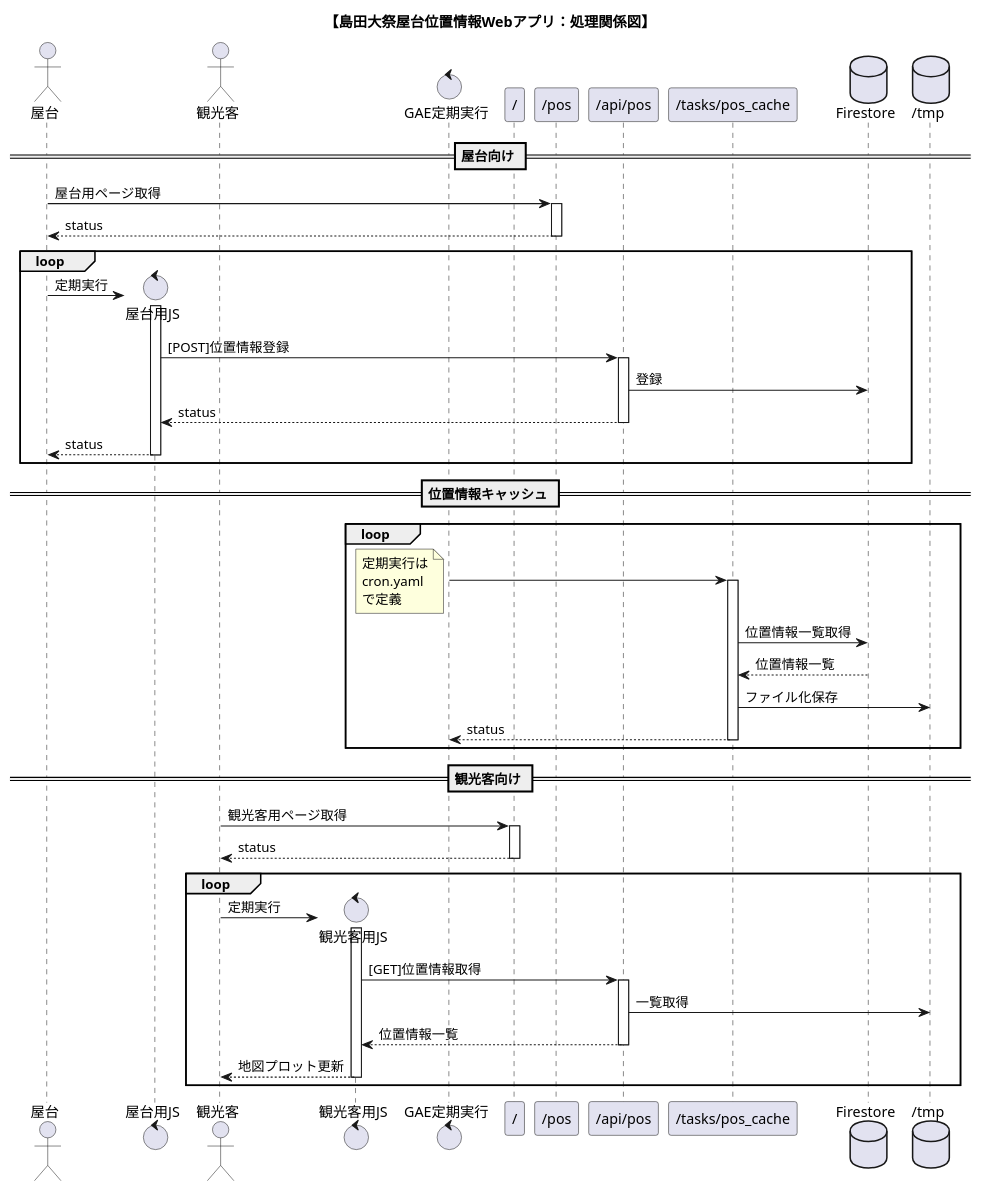
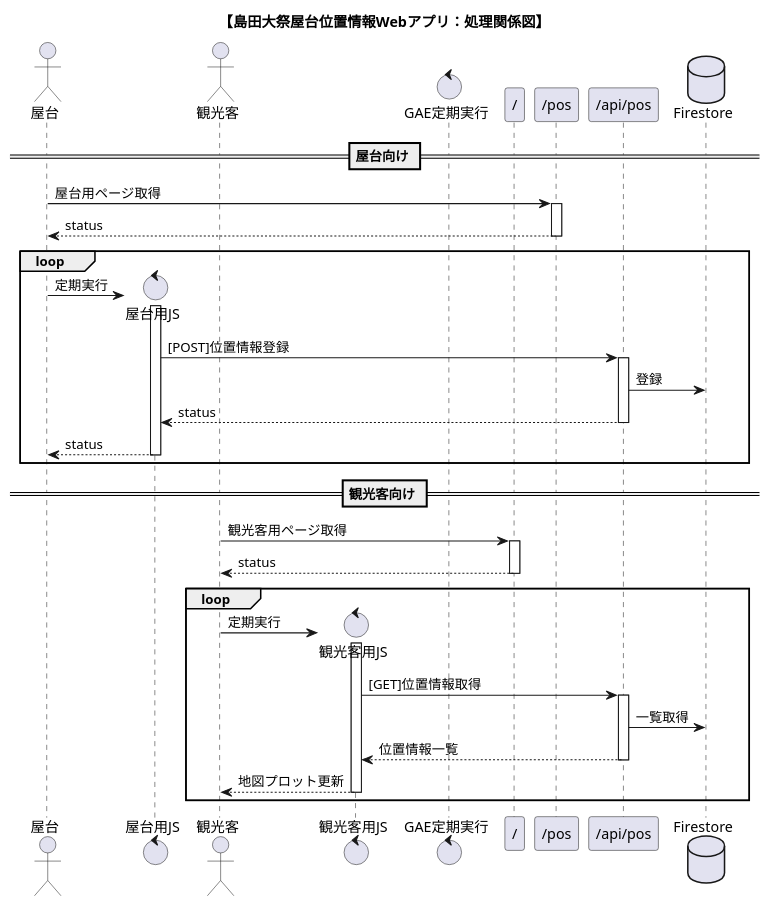
The diagram in doc/webSequence.puml (shimada-shimasho/shimadataisai-gae), drawn with PlantUML before and after one commit. The commit also changed 1 other file, not shown here.

Commit message:
サイトマップ, シーケンス図更新

```diff
--- a/doc/webSequence.puml
+++ b/doc/webSequence.puml
@@ -1,58 +1,45 @@
 @startuml webSequence
 title 【島田大祭屋台位置情報Webアプリ：処理関係図】
 
 actor 屋台
 control 屋台用JS
 actor 観光客
 control 観光客用JS
 control GAE定期実行
 participant "/"
 participant "/pos"
 participant "/api/pos"
-participant "/tasks/pos_cache"
 database Firestore
-database "/tmp"
 
 == 屋台向け ==
 屋台 -> "/pos" : 屋台用ページ取得
 activate "/pos"
 return status
 
 loop
     create 屋台用JS
     屋台 -> 屋台用JS : 定期実行
         activate 屋台用JS
         屋台用JS -> "/api/pos" : [POST]位置情報登録
             activate "/api/pos"
             "/api/pos" -> Firestore : 登録
         return status
     return status
 end
 
-== 位置情報キャッシュ ==
-loop
-    GAE定期実行 -> "/tasks/pos_cache"
-    note left : 定期実行は\ncron.yaml\nで定義
-    activate "/tasks/pos_cache"
-        "/tasks/pos_cache" -> Firestore : 位置情報一覧取得
-        "/tasks/pos_cache" <-- Firestore : 位置情報一覧
-        "/tasks/pos_cache" -> "/tmp" : ファイル化保存
-    return status
-end
-
 == 観光客向け ==
 観光客 -> "/" : 観光客用ページ取得
 activate "/"
 return status
 
 loop
     create 観光客用JS
     観光客 -> 観光客用JS : 定期実行
     activate 観光客用JS
         観光客用JS -> "/api/pos" : [GET]位置情報取得
         activate "/api/pos"
-        "/api/pos" -> "/tmp" : 一覧取得
+        "/api/pos" -> Firestore : 一覧取得
         return 位置情報一覧
     return 地図プロット更新
 end
 @enduml
```
